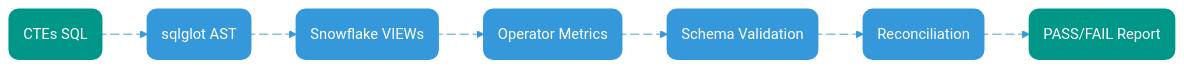
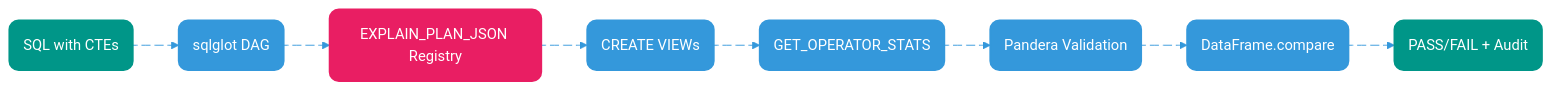
The diagram in src/documents/black-box-intermediate-models.md (danielnmuner/danielnmuner.github.io), drawn with Mermaid before and after one commit. The commit also changed other lines of this file, not shown here.

Commit message:
docs: add black box intermediate models pattern for ETL validation

````diff
--- a/src/documents/black-box-intermediate-models.md
+++ b/src/documents/black-box-intermediate-models.md
@@ -56,31 +16,36 @@
 ```mermaid
 %%{init: {'theme':'base', 'themeVariables': {'primaryColor':'#3498db','primaryTextColor':'#ffffff','primaryBorderColor':'#3498db','lineColor':'#3498db','secondaryColor':'#3498db','tertiaryColor':'#3498db','background':'#ffffff','mainBkg':'#ffffff','secondBkg':'#ffffff','tertiaryBkg':'#ffffff'}}}%%
 flowchart LR
-    INPUT("CTEs SQL")
-    P1("sqlglot AST")
-    P2("Snowflake VIEWs")
-    P3("Operator Metrics")
-    P4("Schema Validation")
-    P5("Reconciliation")
-    OUTPUT("PASS/FAIL Report")
+    INPUT("SQL with CTEs")
+    P1("sqlglot DAG")
+    P1B("EXPLAIN_PLAN_JSON Registry")
+    P2("CREATE VIEWs")
+    P3("GET_OPERATOR_STATS")
+    P4("Pandera Validation")
+    P5("DataFrame.compare")
+    OUTPUT("PASS/FAIL + Audit")
     
     INPUT e1@--> P1
-    P1 e2@--> P2
-    P2 e3@--> P3
-    P3 e4@--> P4
-    P4 e5@--> P5
-    P5 e6@--> OUTPUT
+    P1 e2@--> P1B
+    P1B e3@--> P2
+    P2 e4@--> P3
+    P3 e5@--> P4
+    P4 e6@--> P5
+    P5 e7@--> OUTPUT
 
     classDef flowStyle fill:#3498db,stroke:#3498db,stroke-width:2px,color:#ffffff,rx:10,ry:10
     classDef ioStyle fill:#009688,stroke:#009688,stroke-width:2px,color:#ffffff,rx:10,ry:10
+    classDef registryStyle fill:#e91e63,stroke:#e91e63,stroke-width:2px,color:#ffffff,rx:10,ry:10
     
     class P1,P2,P3,P4,P5 flowStyle
     class INPUT,OUTPUT ioStyle
+    class P1B registryStyle
     
     e1@{ animate: true }
     e2@{ animate: true }
     e3@{ animate: true }
     e4@{ animate: true }
     e5@{ animate: true }
     e6@{ animate: true }
+    e7@{ animate: true }
 ```
````
